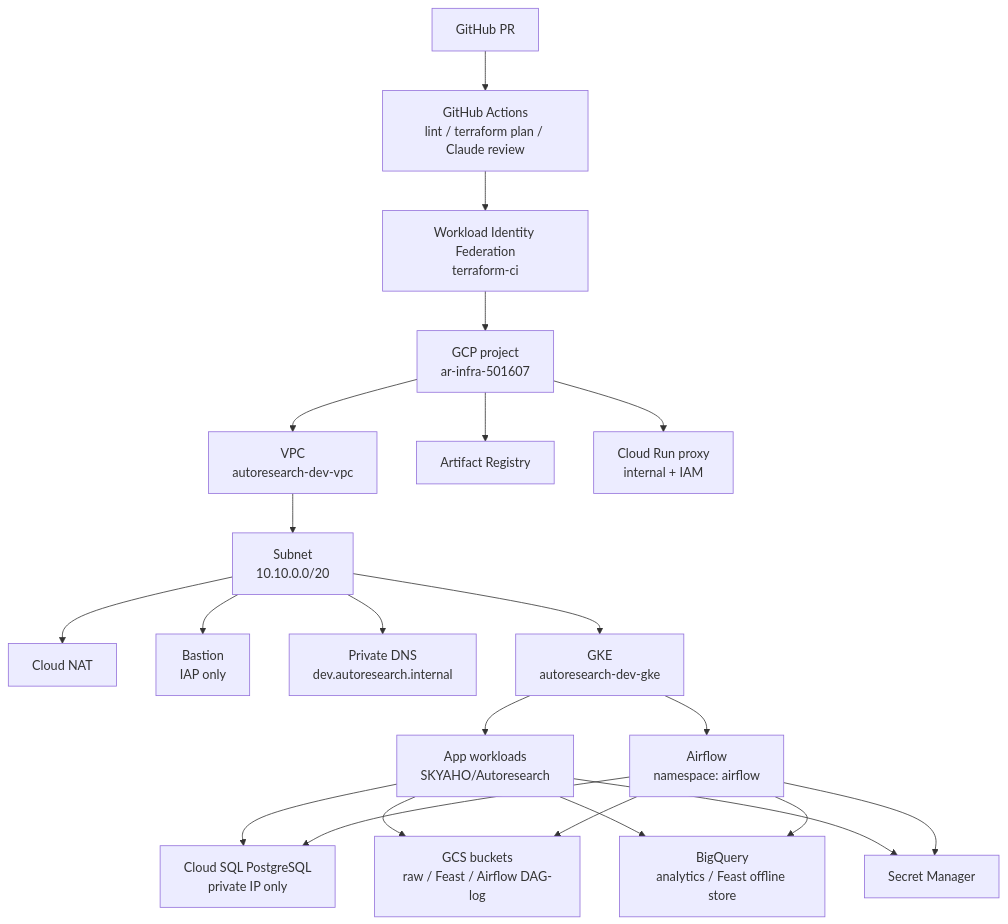
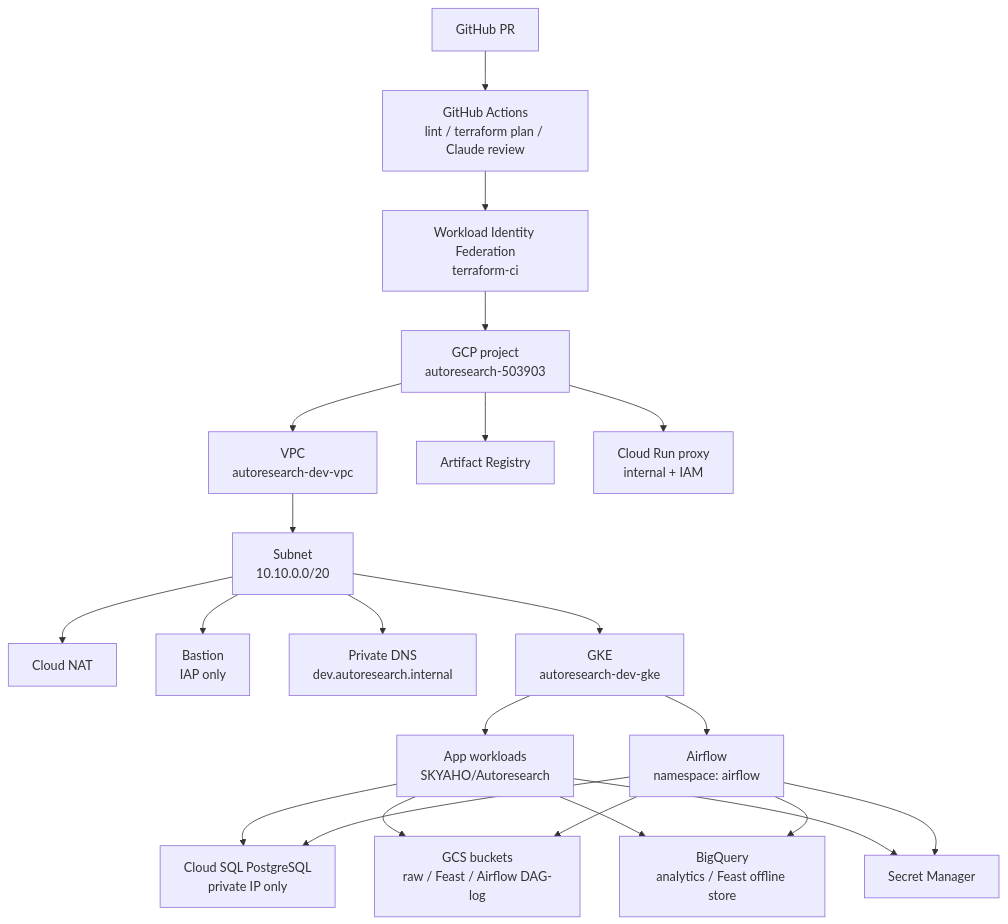
One commit to SKYAHO/Autoresearch-infra changed the second of 9 diagrams in docs/INFRASTRUCTURE_SUMMARY.md. Above: the diagram before and after it, drawn with Mermaid. The commit also changed other lines of this file and 9 other files, not shown here.

````diff
--- a/docs/INFRASTRUCTURE_SUMMARY.md
+++ b/docs/INFRASTRUCTURE_SUMMARY.md
@@ -154,43 +154,43 @@
 ```mermaid
 flowchart TB
     gh["GitHub PR"]
     ci["GitHub Actions<br/>lint / terraform plan / Claude review"]
     wif["Workload Identity Federation<br/>terraform-ci"]
-    gcp["GCP project<br/>ar-infra-501607"]
+    gcp["GCP project<br/>autoresearch-503903"]
 
     vpc["VPC<br/>autoresearch-dev-vpc"]
     subnet["Subnet<br/>10.10.0.0/20"]
     nat["Cloud NAT"]
     bastion["Bastion<br/>IAP only"]
     dns["Private DNS<br/>dev.autoresearch.internal"]
 
     gke["GKE<br/>autoresearch-dev-gke"]
     app["App workloads<br/>SKYAHO/Autoresearch"]
     airflow["Airflow<br/>namespace: airflow"]
 
     sql["Cloud SQL PostgreSQL<br/>private IP only"]
     gcs["GCS buckets<br/>raw / Feast / Airflow DAG-log"]
     bq["BigQuery<br/>analytics / Feast offline store"]
     sm["Secret Manager"]
     ar["Artifact Registry"]
     run["Cloud Run proxy<br/>internal + IAM"]
 
     gh --> ci --> wif --> gcp
     gcp --> vpc --> subnet
     subnet --> nat
     subnet --> bastion
     subnet --> dns
     subnet --> gke
     gke --> app
     gke --> airflow
     app --> sql
     app --> gcs
     app --> bq
     app --> sm
     airflow --> sql
     airflow --> gcs
     airflow --> bq
     airflow --> sm
     gcp --> ar
     gcp --> run
 ```
````
